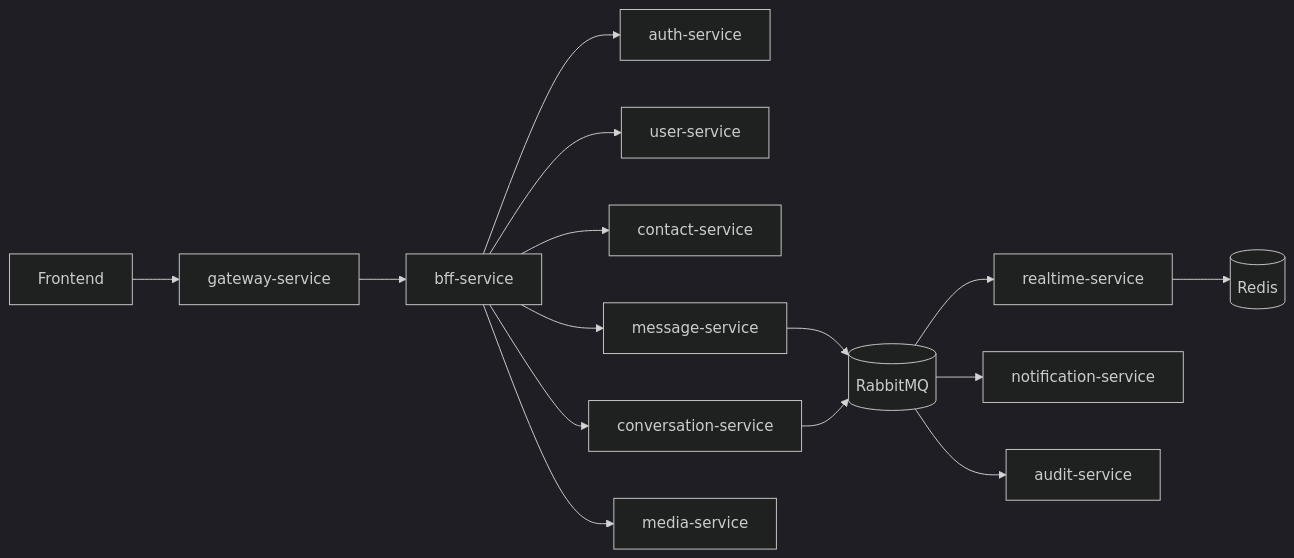
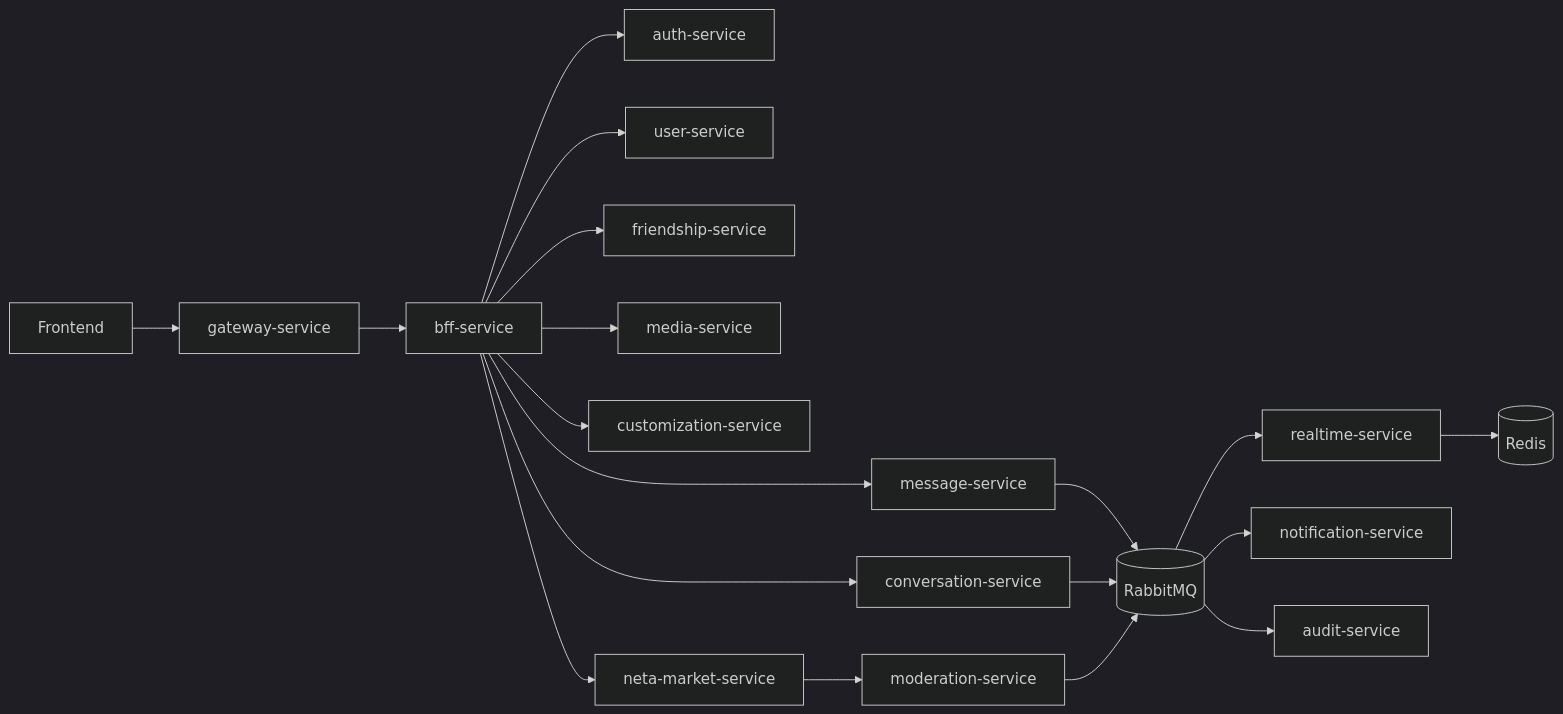
The diagram in docs/diagrama-microservicios.mmd (OrionTheProgrammer/Orioneta-Backend), drawn with Mermaid (dark theme) before and after one commit. The commit also changed 180 other files, not shown here.

First line of the commit message:
feat: align backend architecture with Orioneta roadmap

```diff
--- a/docs/diagrama-microservicios.mmd
+++ b/docs/diagrama-microservicios.mmd
@@ -1,15 +1,19 @@
 flowchart LR
     FE[Frontend] --> GW[gateway-service]
     GW --> BFF[bff-service]
     BFF --> AUTH[auth-service]
     BFF --> USER[user-service]
-    BFF --> CONTACT[contact-service]
+    BFF --> FRIEND[friendship-service]
     BFF --> CONV[conversation-service]
     BFF --> MSG[message-service]
     BFF --> MEDIA[media-service]
+    BFF --> CUSTOM[customization-service]
+    BFF --> MARKET[neta-market-service]
+    MARKET --> MOD[moderation-service]
     MSG --> RMQ[(RabbitMQ)]
     CONV --> RMQ
     RMQ --> RT[realtime-service]
     RMQ --> NOTIF[notification-service]
     RMQ --> AUDIT[audit-service]
+    MOD --> RMQ
     RT --> REDIS[(Redis)]
```
